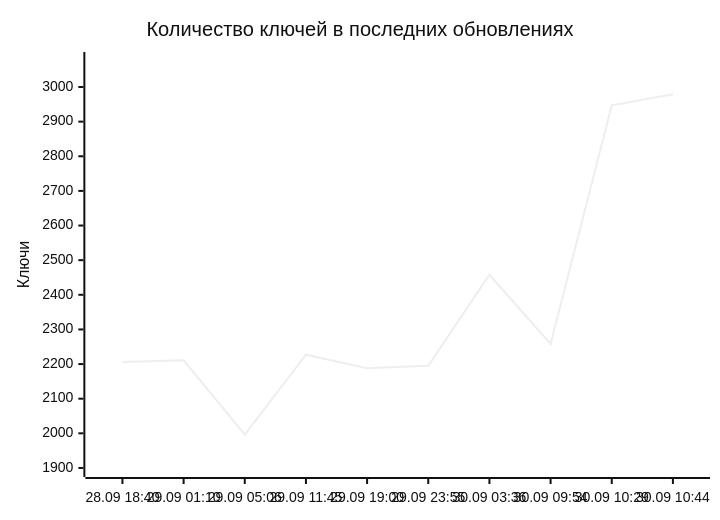
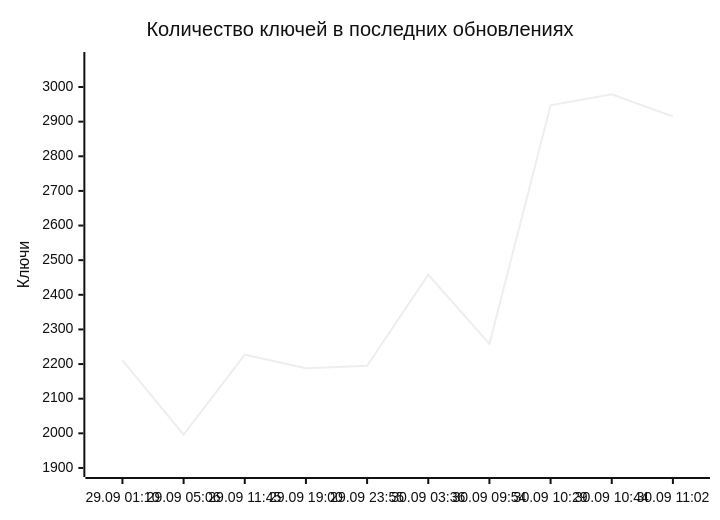
Before and after one commit to markKikhtenko/WireVeil: the diagram in README.md, drawn with Mermaid (neutral theme). The commit also changed other lines of this file and 12 other files, not shown here.

````diff
--- a/README.md
+++ b/README.md
@@ -55,7 +55,7 @@
 ```mermaid
 xychart-beta
     title "Количество ключей в последних обновлениях"
-    x-axis ["28.09 18:40", "29.09 01:10", "29.09 05:06", "29.09 11:45", "29.09 19:00", "29.09 23:55", "30.09 03:36", "30.09 09:54", "30.09 10:29", "30.09 10:44"]
+    x-axis ["29.09 01:10", "29.09 05:06", "29.09 11:45", "29.09 19:00", "29.09 23:55", "30.09 03:36", "30.09 09:54", "30.09 10:29", "30.09 10:44", "30.09 11:02"]
     y-axis "Ключи" 1897 --> 3078
-    line [2206, 2211, 1996, 2227, 2188, 2195, 2458, 2258, 2947, 2979]
+    line [2211, 1996, 2227, 2188, 2195, 2458, 2258, 2947, 2979, 2915]
 ```
````
